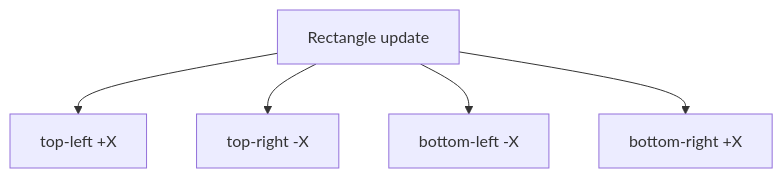
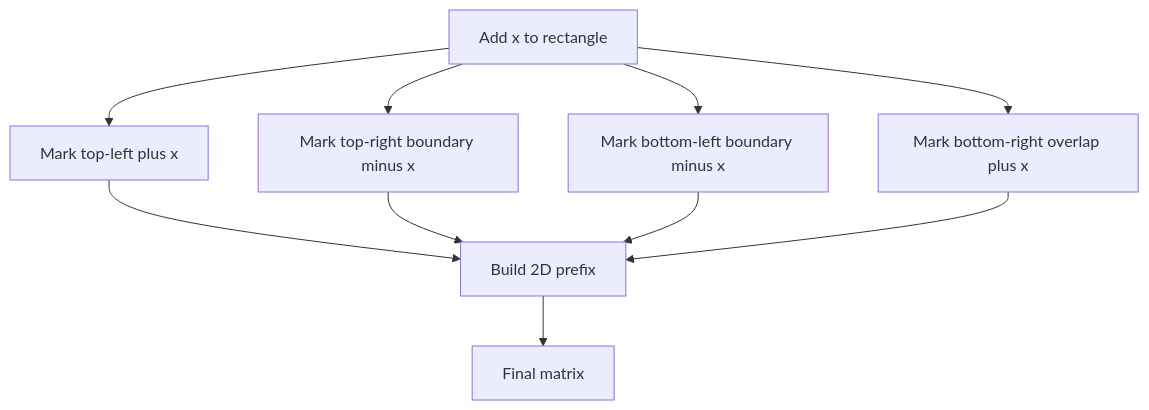
The fifth of 11 diagrams in CP_DSA_NOTES/CONCEPT_FRAMEWORK_FORMS_TATICS/002_PREFIX_CFFT.md (mthaiseer/springcloud-systemdesign-notes), drawn with Mermaid before and after one commit. The commit also changed other lines of this file and 1 other file, not shown here.

````diff
--- a/CP_DSA_NOTES/CONCEPT_FRAMEWORK_FORMS_TATICS/002_PREFIX_CFFT.md
+++ b/CP_DSA_NOTES/CONCEPT_FRAMEWORK_FORMS_TATICS/002_PREFIX_CFFT.md
@@ -90,7 +225,12 @@
 ```mermaid
 flowchart TD
-    A[Rectangle update] --> B[top-left +X]
-    A --> C[top-right -X]
-    A --> D[bottom-left -X]
-    A --> E[bottom-right +X]
+    A["Add x to rectangle"] --> B["Mark top-left plus x"]
+    A --> C["Mark top-right boundary minus x"]
+    A --> D["Mark bottom-left boundary minus x"]
+    A --> E["Mark bottom-right overlap plus x"]
+    B --> F["Build 2D prefix"]
+    C --> F
+    D --> F
+    E --> F
+    F --> G["Final matrix"]
 ```
````
